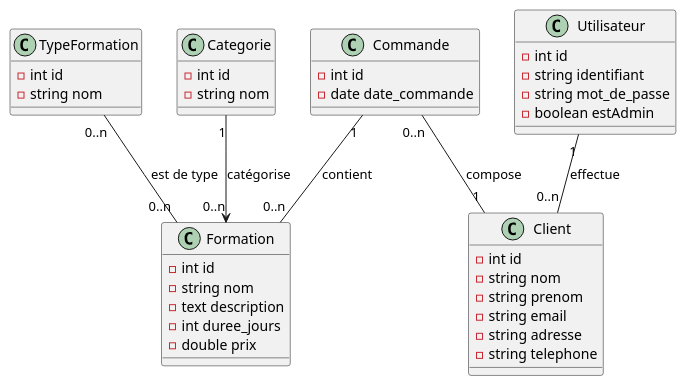
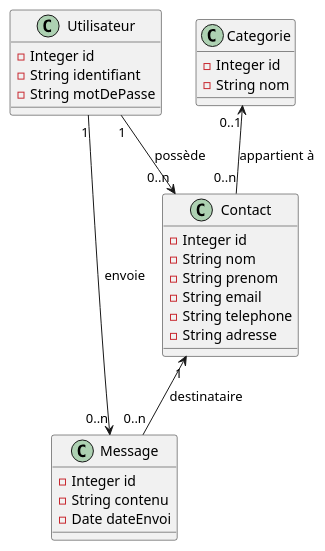
The diagram in doc/uml/2-class/venteFormation-class.puml (DucasseRafael91/Contacts), drawn with PlantUML before and after one commit.

Commit message:
Diagramme de classe

```diff
--- a/doc/uml/2-class/venteFormation-class.puml
+++ b/doc/uml/2-class/venteFormation-class.puml
@@ -1,48 +1,35 @@
 @startuml VenteFormation
 
-class Formation {
-    -int id
-    -string nom
-    -text description
-    -int duree_jours
-    -double prix
-}
-
-class TypeFormation {
-    -int id
-    -string nom
+class Contact {
+    -Integer id
+    -String nom
+    -String prenom
+    -String email
+    -String telephone
+    -String adresse
 }
 
 class Categorie {
-    -int id
-    -string nom
+    -Integer id
+    -String nom
 }
 
 class Utilisateur {
-    -int id
-    -string identifiant
-    -string mot_de_passe
-    -boolean estAdmin
+    -Integer id
+    -String identifiant
+    -String motDePasse
 }
 
-class Client {
-    -int id
-    -string nom
-    -string prenom
-    -string email
-    -string adresse
-    -string telephone
+class Message {
+    -Integer id
+    -String contenu
+    -Date dateEnvoi
 }
 
-class Commande {
-    -int id
-    -date date_commande
-}
+Utilisateur "1" --> "0..n" Contact : possède
+Categorie "0..1" <-- "0..n" Contact : appartient à
 
-Categorie "1" --> "0..n" Formation : catégorise
-TypeFormation "0..n" -- "0..n" Formation : est de type
-Utilisateur "1" -- "0..n" Client : effectue
-Commande "1" -- "0..n" Formation : contient
-Commande "0..n" -- "1" Client : compose
+Utilisateur "1" --> "0..n" Message : envoie
+Contact "1" <-- "0..n" Message : destinataire
 
 @enduml
```
